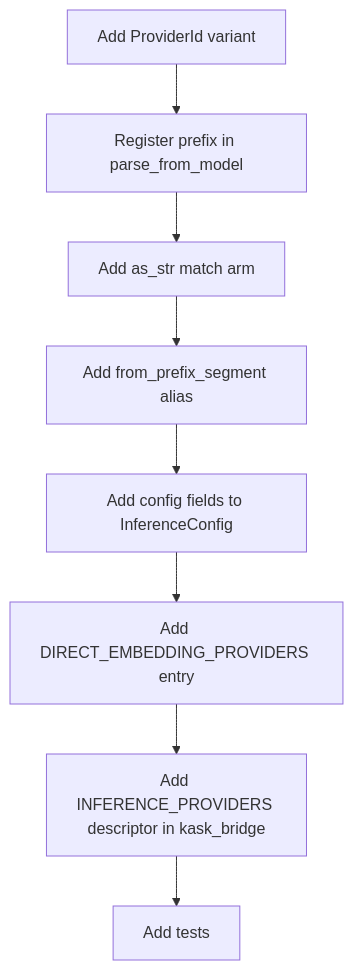
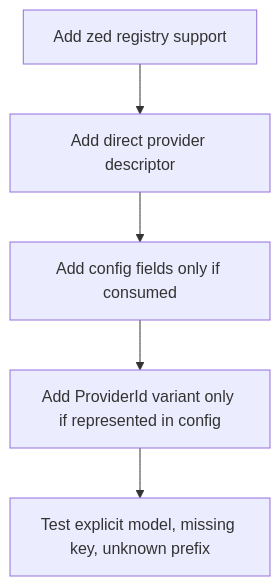
Before and after one commit to mdz-axo/zed-kask: the second of 2 diagrams in kask/docs/diataxis/hkask-inference/how-to.md, drawn with Mermaid. The commit also changed other lines of this file and 8 other files, not shown here.

````diff
--- a/kask/docs/diataxis/hkask-inference/how-to.md
+++ b/kask/docs/diataxis/hkask-inference/how-to.md
@@ -146,10 +96,7 @@
 ```mermaid
 flowchart TD
-    A[Add ProviderId variant] --> B[Register prefix in parse_from_model]
-    B --> C[Add as_str match arm]
-    C --> D[Add from_prefix_segment alias]
-    D --> E[Add config fields to InferenceConfig]
-    E --> F[Add DIRECT_EMBEDDING_PROVIDERS entry]
-    F --> G[Add INFERENCE_PROVIDERS descriptor in kask_bridge]
-    G --> H[Add tests]
+    A[Add zed registry support] --> B[Add direct provider descriptor]
+    B --> C[Add config fields only if consumed]
+    C --> D[Add ProviderId variant only if represented in config]
+    D --> E[Test explicit model, missing key, unknown prefix]
 ```
````
